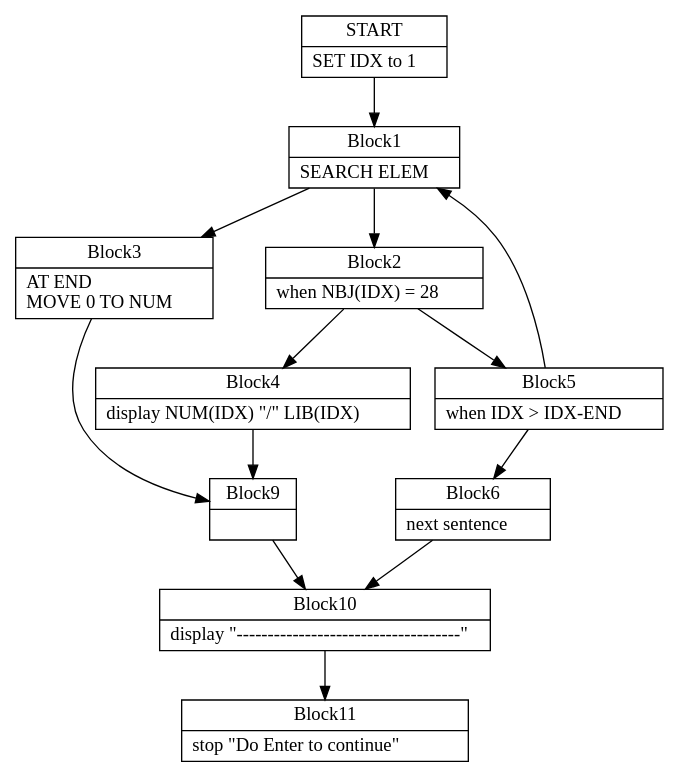
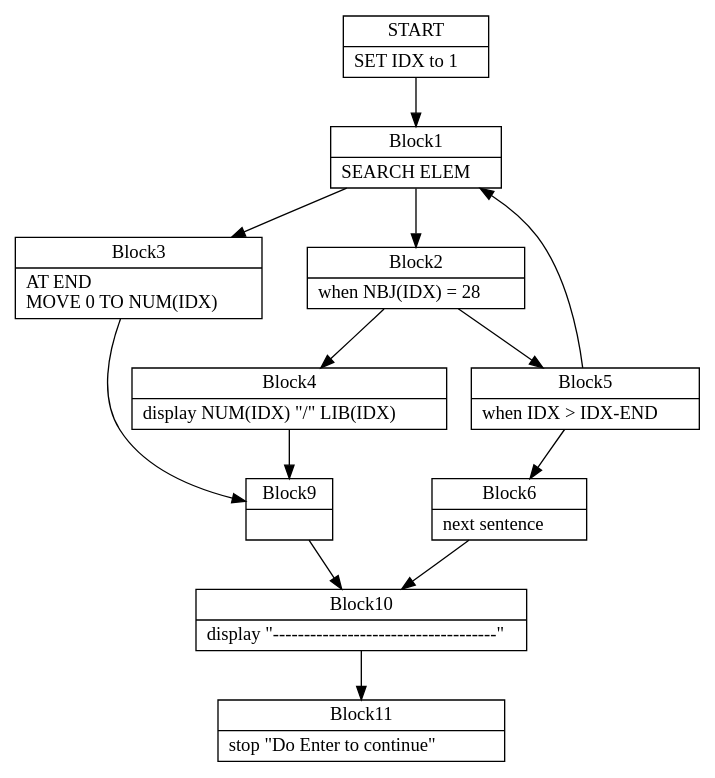
One commit to TypeCobolTeam/TypeCobol changed the diagram in TypeCobol.Analysis.Test/BasicCfgInstrs/SearchCond0.dot. Above: the diagram before and after it, drawn with Graphviz. The commit also changed 9 other files, not shown here.

```diff
--- a/TypeCobol.Analysis.Test/BasicCfgInstrs/SearchCond0.dot
+++ b/TypeCobol.Analysis.Test/BasicCfgInstrs/SearchCond0.dot
@@ -1,52 +1,52 @@
 digraph Cfg {
 node [
 shape = "record"
 ]
 
 edge [
 arrowtail = "empty"
 ]
 Block0 [
 label = "{START|    SET IDX to 1\l}"
 ]
 Block1 [
 label = "{Block1|    SEARCH ELEM\l}"
 ]
 Block2 [
 label = "{Block2|           when NBJ(IDX) = 28\l}"
 ]
 Block4 [
 label = "{Block4|           display NUM(IDX) \"/\" LIB(IDX)\l}"
 ]
 Block9 [
 label = "{Block9|}"
 ]
 Block10 [
 label = "{Block10|    display \"------------------------------------\"\l}"
 ]
 Block11 [
 label = "{Block11|    stop \"Do Enter to continue\"\l}"
 ]
 Block5 [
 label = "{Block5|           when IDX \> IDX-END\l}"
 ]
 Block6 [
 label = "{Block6|                              next sentence\l}"
 ]
 Block3 [
-label = "{Block3|         AT END\l            MOVE 0 TO NUM\l}"
+label = "{Block3|         AT END\l            MOVE 0 TO NUM(IDX)\l}"
 ]
 Block0 -> Block1
 Block1 -> Block2
 Block1 -> Block3
 Block2 -> Block4
 Block2 -> Block5
 Block4 -> Block9
 Block9 -> Block10
 Block10 -> Block11
 Block5 -> Block6
 Block5 -> Block1
 Block6 -> Block10
 Block3 -> Block9
 
 }
```
